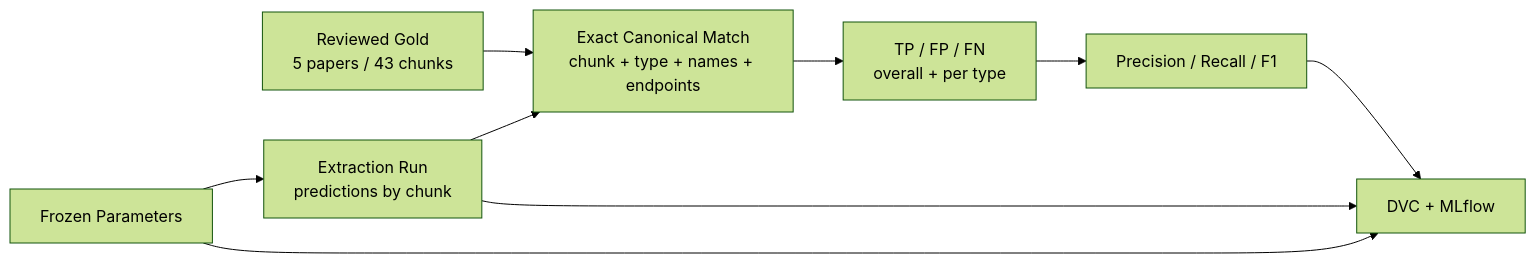
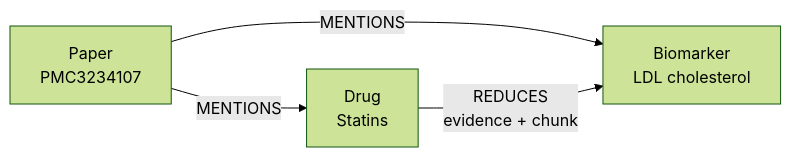
The eighth of 12 diagrams in docs/capstone_presentation.md (anthonylitwin/med-graph-rag), drawn with Mermaid (forest theme) before and after one commit. The commit also changed other lines of this file, not shown here.

````diff
--- a/docs/capstone_presentation.md
+++ b/docs/capstone_presentation.md
@@ -277,11 +350,6 @@
 ```mermaid
 flowchart LR
-    G["Reviewed Gold<br/>5 papers / 43 chunks"] --> M["Exact Canonical Match<br/>chunk + type + names + endpoints"]
-    P["Frozen Parameters"] --> R["Extraction Run<br/>predictions by chunk"]
-    R --> M
-    M --> C["TP / FP / FN<br/>overall + per type"]
-    C --> S["Precision / Recall / F1"]
-    P --> T["DVC + MLflow"]
-    R --> T
-    S --> T
+    P["Paper<br/>PMC3234107"] -->|MENTIONS| S["Drug<br/>Statins"]
+    P -->|MENTIONS| L["Biomarker<br/>LDL cholesterol"]
+    S -->|REDUCES<br/>evidence + chunk| L
 ```
````
